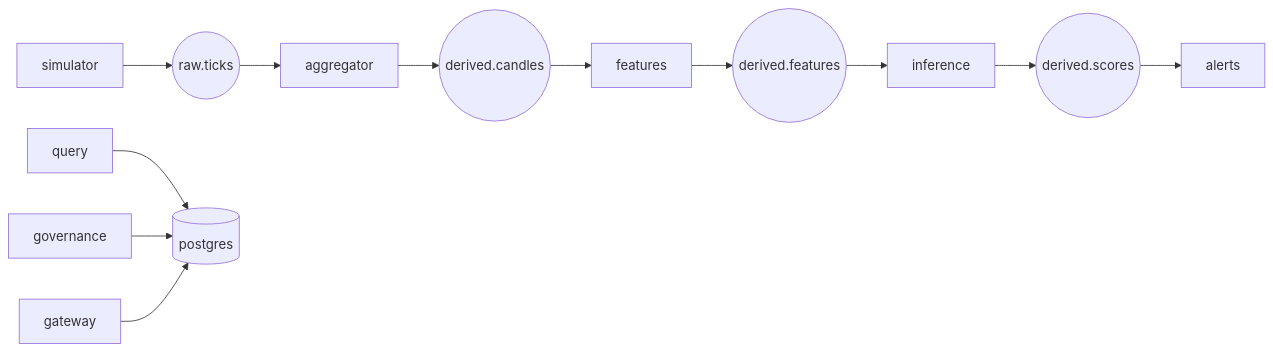
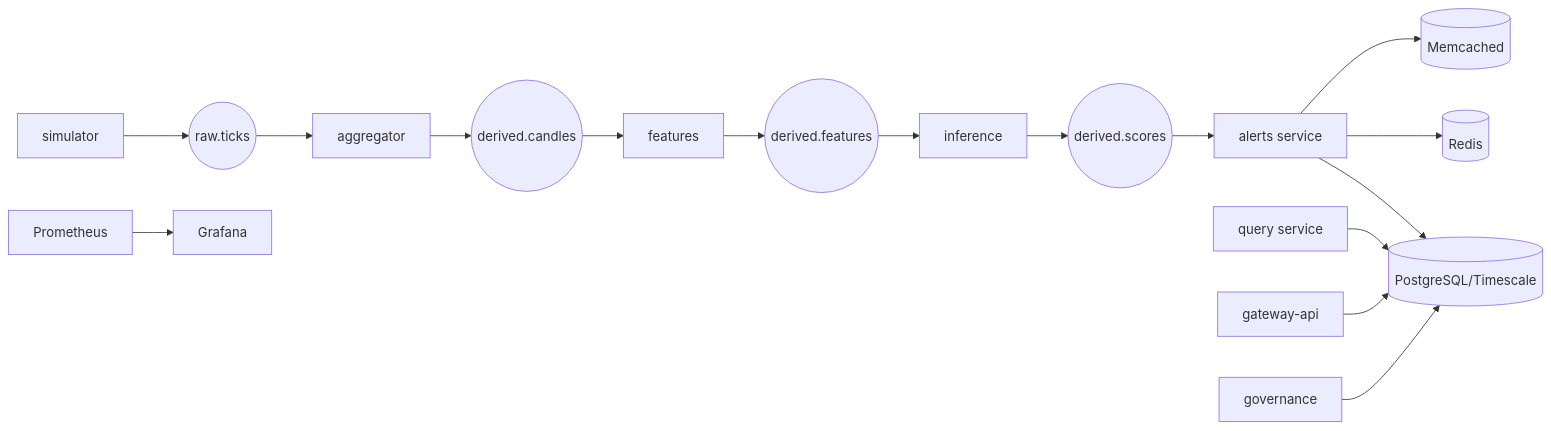
One commit to MOYOSOREJOBI/again changed the diagram in README.md. Above: the diagram before and after it, drawn with Mermaid. The commit also changed other lines of this file and 8 other files, not shown here.

````diff
--- a/README.md
+++ b/README.md
@@ -8,7 +14,14 @@
 ```mermaid
 flowchart LR
-sim[simulator]-->raw((raw.ticks))-->agg[aggregator]-->cand((derived.candles))-->feat[features]-->f((derived.features))-->inf[inference]-->s((derived.scores))-->al[alerts]
-query[query]-->db[(postgres)]
-gov[governance]-->db
-gw[gateway]-->db
+sim[simulator] --> raw((raw.ticks)) --> agg[aggregator]
+agg --> candles((derived.candles)) --> feat[features]
+feat --> features((derived.features)) --> inf[inference]
+inf --> scores((derived.scores)) --> alerts[alerts service]
+alerts --> pg[(PostgreSQL/Timescale)]
+query[query service] --> pg
+gw[gateway-api] --> pg
+gov[governance] --> pg
+alerts --> redis[(Redis)]
+alerts --> mem[(Memcached)]
+prom[Prometheus] --> graf[Grafana]
 ```
````
